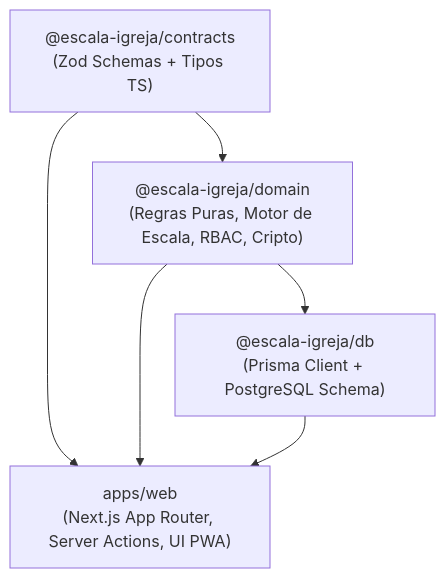
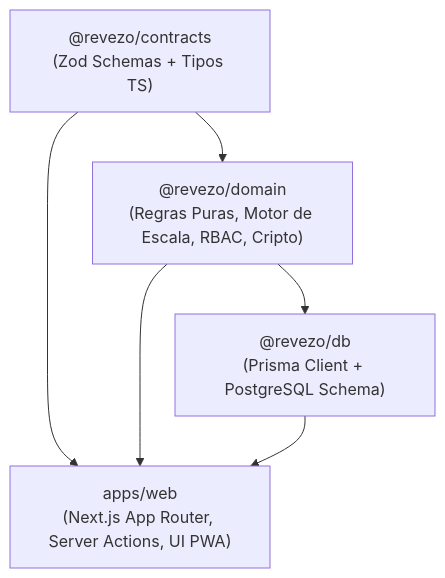
The diagram in docs/architecture/monorepo-architecture.md (Helismey/escala-igreja), drawn with Mermaid before and after one commit. The commit also changed other lines of this file and 187 other files, not shown here.

````diff
--- a/docs/architecture/monorepo-architecture.md
+++ b/docs/architecture/monorepo-architecture.md
@@ -33,13 +33,13 @@
 ```mermaid
 graph TD
-    Contracts["@escala-igreja/contracts<br/>(Zod Schemas + Tipos TS)"]
-    Domain["@escala-igreja/domain<br/>(Regras Puras, Motor de Escala, RBAC, Cripto)"]
-    DB["@escala-igreja/db<br/>(Prisma Client + PostgreSQL Schema)"]
+    Contracts["@revezo/contracts<br/>(Zod Schemas + Tipos TS)"]
+    Domain["@revezo/domain<br/>(Regras Puras, Motor de Escala, RBAC, Cripto)"]
+    DB["@revezo/db<br/>(Prisma Client + PostgreSQL Schema)"]
     Web["apps/web<br/>(Next.js App Router, Server Actions, UI PWA)"]
 
     Contracts --> Domain
     Contracts --> Web
     Domain --> DB
     Domain --> Web
     DB --> Web
 ```
````
